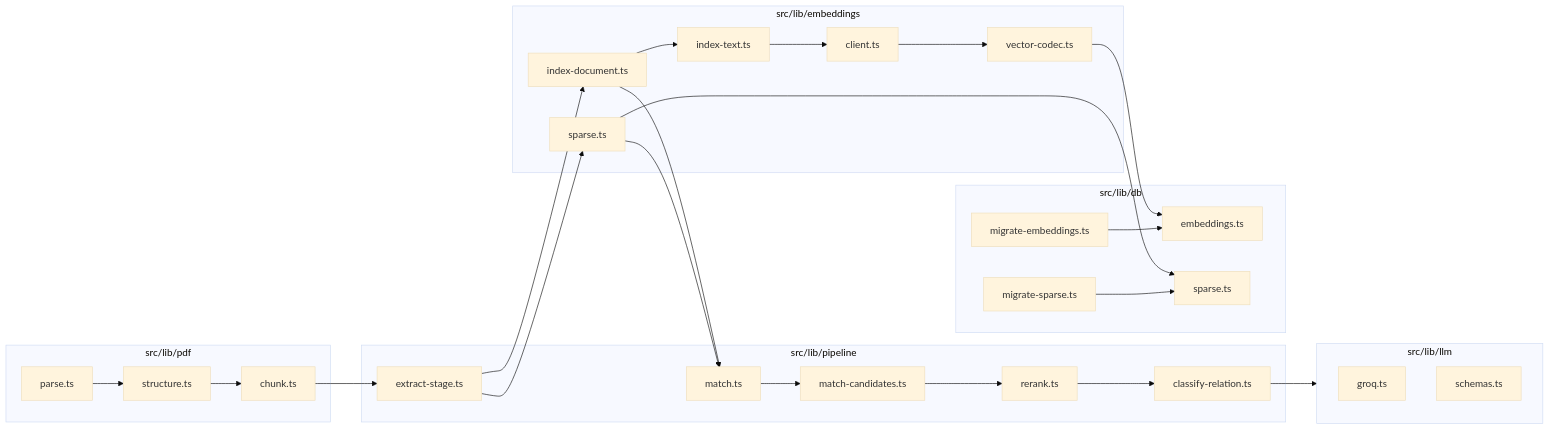
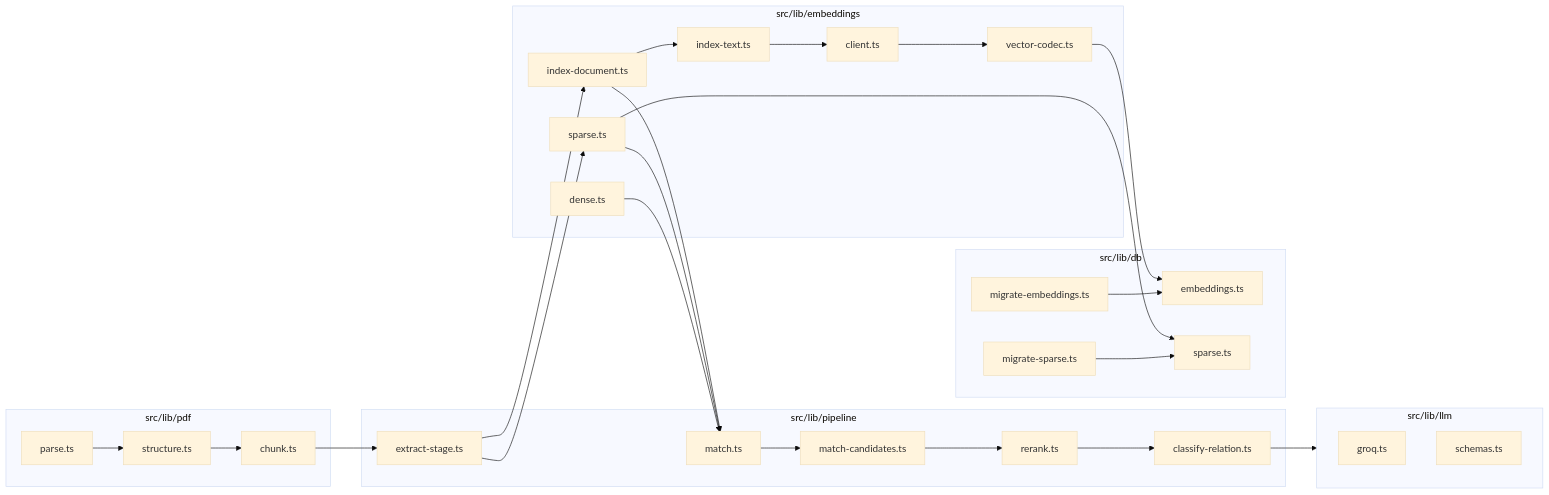
The tenth of 10 diagrams in docs/RAG_ARCHITECTURE.md (PrasannaPal21/superjoin-assignement), drawn with Mermaid (base theme) before and after one commit. The commit also changed other lines of this file and 4 other files, not shown here.

````diff
--- a/docs/RAG_ARCHITECTURE.md
+++ b/docs/RAG_ARCHITECTURE.md
@@ -409,45 +410,47 @@
 ```mermaid
 flowchart LR
   subgraph pdf [src/lib/pdf]
     parse[parse.ts]
     structure[structure.ts]
     chunk[chunk.ts]
   end
   subgraph pipe [src/lib/pipeline]
     extract[extract-stage.ts]
     candidates[match-candidates.ts]
     rerank[rerank.ts]
     classify[classify-relation.ts]
     match[match.ts]
   end
   subgraph emb [src/lib/embeddings]
     indexText[index-text.ts]
     client[client.ts]
     codec[vector-codec.ts]
     indexDoc[index-document.ts]
     sparse[sparse.ts]
+    dense[dense.ts]
   end
   subgraph dbemb [src/lib/db]
     migrateEmb[migrate-embeddings.ts]
     embCrud[embeddings.ts]
     migrateSparse[migrate-sparse.ts]
     sparseCrud[sparse.ts]
   end
   subgraph llm [src/lib/llm]
     groq[groq.ts]
     schemas[schemas.ts]
   end
 
   parse --> structure --> chunk --> extract
   extract --> indexDoc
   indexDoc --> indexText --> client
   client --> codec --> embCrud
   migrateEmb --> embCrud
   extract --> sparse
   sparse --> sparseCrud
   migrateSparse --> sparseCrud
   indexDoc --> match
   sparse --> match
+  dense --> match
   match --> candidates --> rerank --> classify
   classify --> llm
 ```
````
